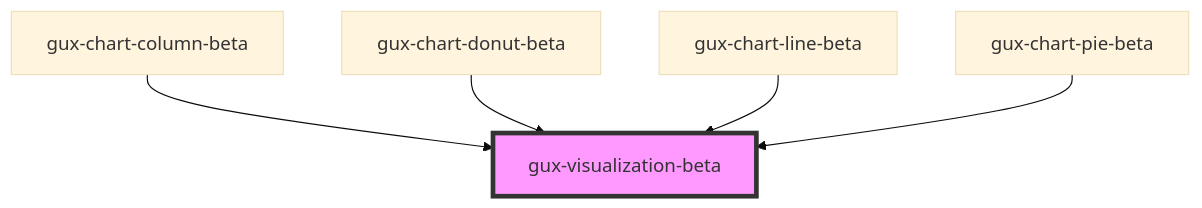
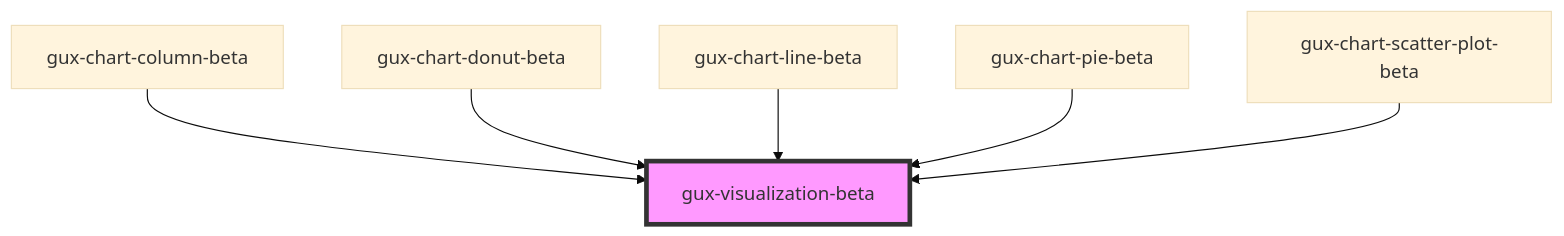
The diagram in src/components/beta/gux-visualization/readme.md (MyPureCloud/genesys-spark), drawn with Mermaid (base theme) before and after one commit. The commit also changed other lines of this file and 1 other file, not shown here.

Commit message:
chore(eslint): remove warning for unused h var

````diff
--- a/src/components/beta/gux-visualization/readme.md
+++ b/src/components/beta/gux-visualization/readme.md
@@ -34,8 +35,9 @@
 ```mermaid
 graph TD;
   gux-chart-column-beta --> gux-visualization-beta
   gux-chart-donut-beta --> gux-visualization-beta
   gux-chart-line-beta --> gux-visualization-beta
   gux-chart-pie-beta --> gux-visualization-beta
+  gux-chart-scatter-plot-beta --> gux-visualization-beta
   style gux-visualization-beta fill:#f9f,stroke:#333,stroke-width:4px
 ```
````
